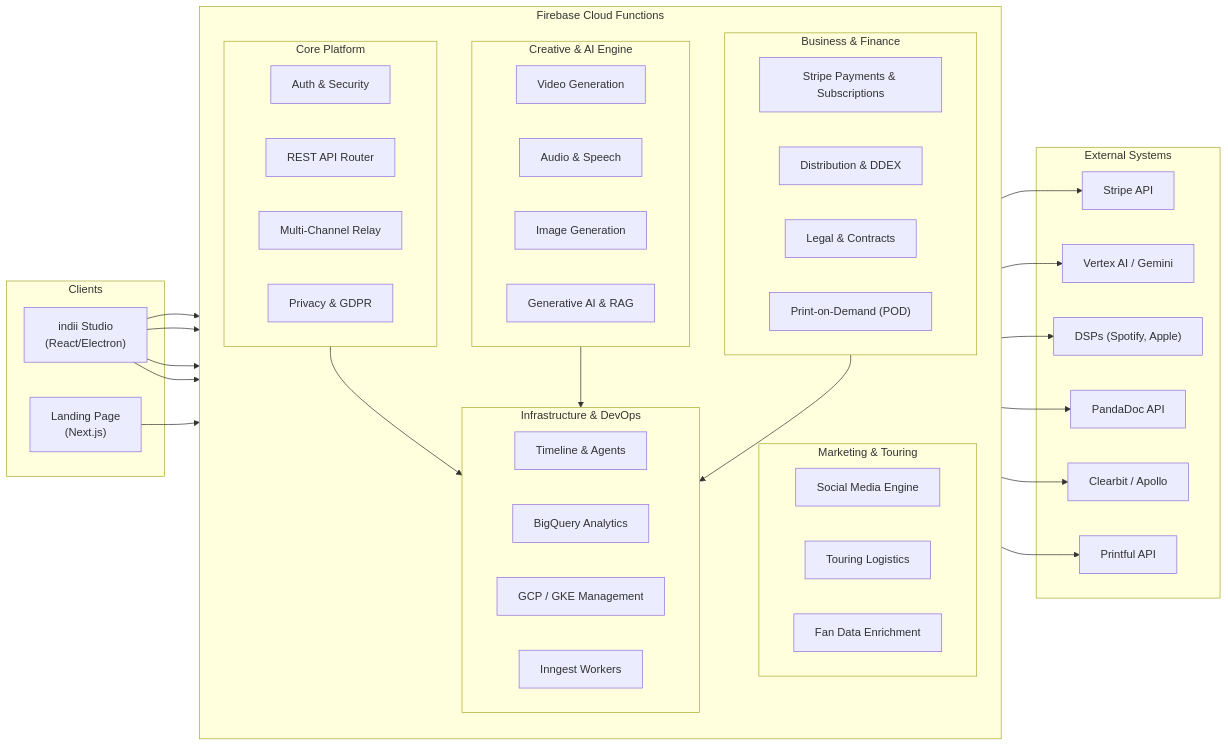
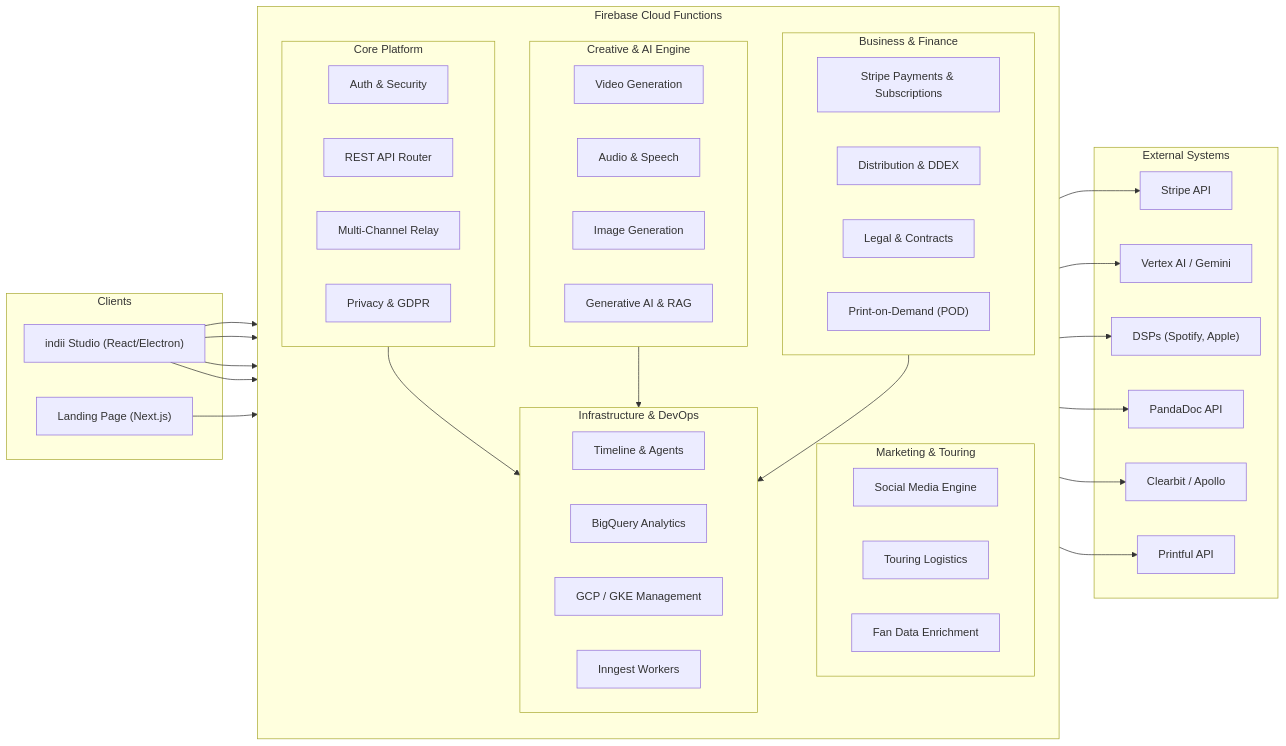
Before and after one commit to indii-music-founder/indii-music-founder: the diagram in docs/flowcharts/api_endpoints.md, drawn with Mermaid. The commit also changed other lines of this file and 13 other files, not shown here.

````diff
--- a/docs/flowcharts/api_endpoints.md
+++ b/docs/flowcharts/api_endpoints.md
@@ -9,72 +9,72 @@
 ```mermaid
 graph LR
     subgraph Clients
-        Studio["indii Studio<br>(React/Electron)"]
-        Landing["Landing Page<br>(Next.js)"]
+        Studio["indii Studio (React/Electron)"]
+        Landing["Landing Page (Next.js)"]
     end
 
     subgraph Firebase Cloud Functions
         direction TB
 
         subgraph CorePlatform [Core Platform]
             Auth["Auth & Security"]
             API["REST API Router"]
             Relay["Multi-Channel Relay"]
             Privacy["Privacy & GDPR"]
         end
 
         subgraph CreativeAI [Creative & AI Engine]
             Video["Video Generation"]
             Audio["Audio & Speech"]
             Image["Image Generation"]
             RAG["Generative AI & RAG"]
         end
 
         subgraph BusinessEngine [Business & Finance]
             Stripe["Stripe Payments & Subscriptions"]
             Dist["Distribution & DDEX"]
             Legal["Legal & Contracts"]
             Printful["Print-on-Demand (POD)"]
         end
 
         subgraph MarketingTouring [Marketing & Touring]
             Social["Social Media Engine"]
             Touring["Touring Logistics"]
             Fans["Fan Data Enrichment"]
         end
 
         subgraph Infrastructure [Infrastructure & DevOps]
             Orchestration["Timeline & Agents"]
             BQ["BigQuery Analytics"]
             GCP["GCP / GKE Management"]
             Inngest["Inngest Workers"]
         end
     end
 
     subgraph External Systems
         StripeAPI["Stripe API"]
         Vertex["Vertex AI / Gemini"]
         DDEX["DSPs (Spotify, Apple)"]
         PandaDoc["PandaDoc API"]
         Clearbit["Clearbit / Apollo"]
         PrintfulAPI["Printful API"]
     end
 
     Studio --> CorePlatform
     Studio --> CreativeAI
     Studio --> BusinessEngine
     Studio --> MarketingTouring
     Landing --> CorePlatform
 
     CorePlatform --> Infrastructure
     CreativeAI --> Infrastructure
     BusinessEngine --> Infrastructure
 
     CreativeAI --> Vertex
     BusinessEngine --> StripeAPI
     BusinessEngine --> DDEX
     BusinessEngine --> PandaDoc
     BusinessEngine --> PrintfulAPI
     MarketingTouring --> Clearbit
 
 ```
````
